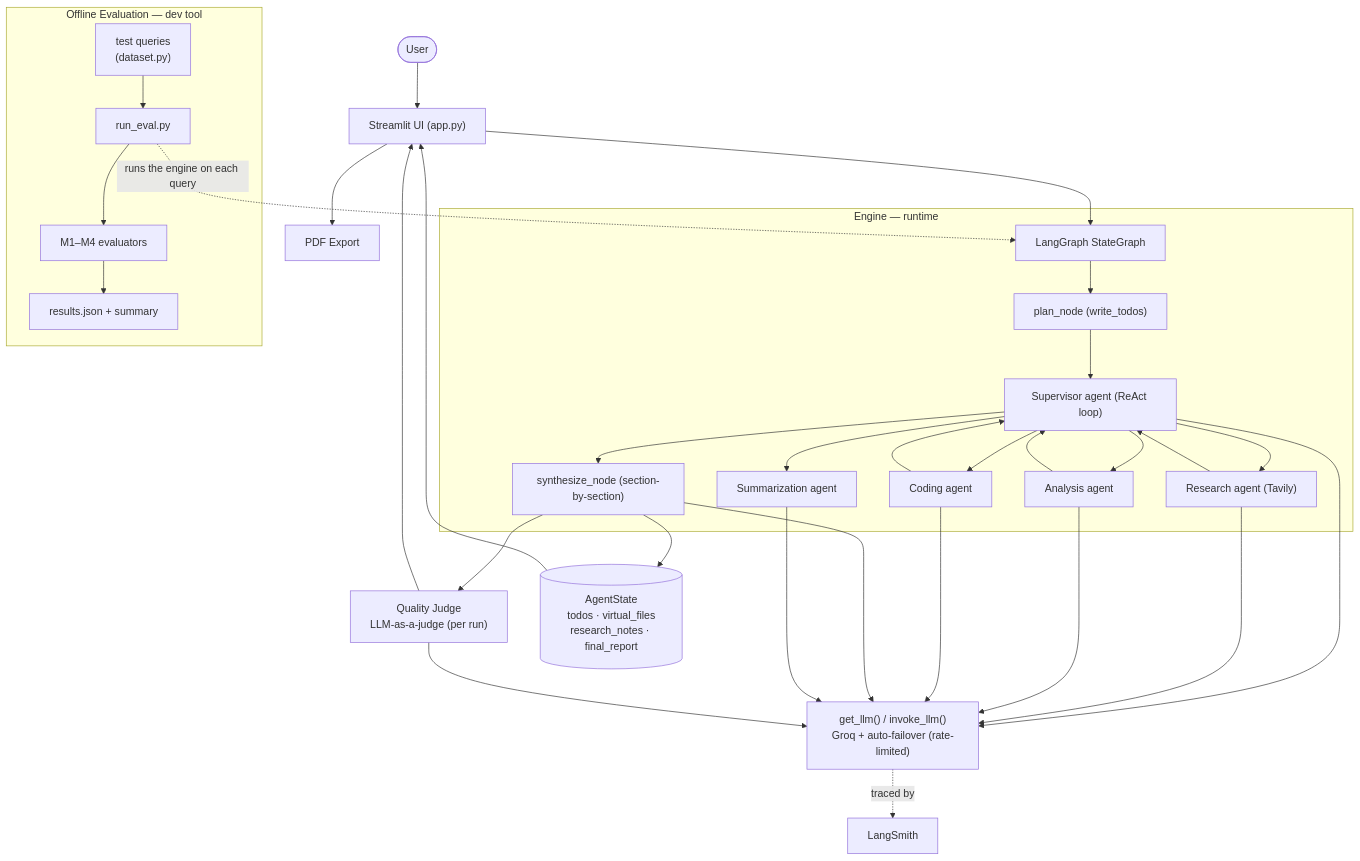
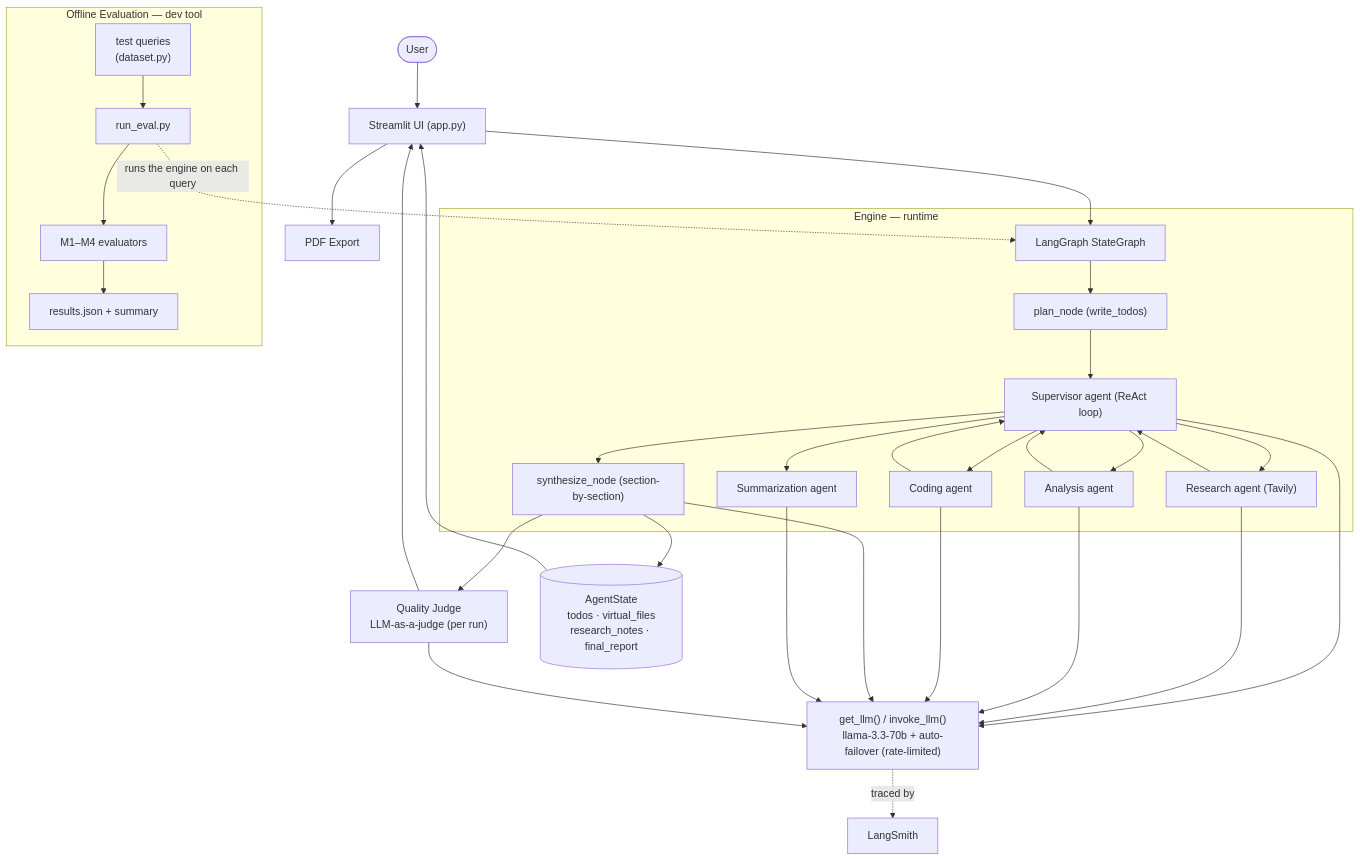
Before and after one commit to Subhashreepattnaik/Autonomous_Cognitive_Engine: the first of 3 diagrams in README.md, drawn with Mermaid. The commit also changed other lines of this file and 3 other files, not shown here.

````diff
--- a/README.md
+++ b/README.md
@@ -54,40 +54,40 @@
 ```mermaid
 graph TD
     User([User]) --> UI["Streamlit UI (app.py)"]
     UI --> Graph["LangGraph StateGraph"]
 
     subgraph engine["Engine — runtime"]
       Graph --> Plan["plan_node (write_todos)"]
       Plan --> Sup["Supervisor agent (ReAct loop)"]
       Sup --> Research["Research agent (Tavily)"]
       Sup --> Summ["Summarization agent"]
       Sup --> Analyze["Analysis agent"]
       Sup --> Code["Coding agent"]
       Research --> Sup
       Analyze --> Sup
       Code --> Sup
       Sup --> Synth["synthesize_node (section-by-section)"]
     end
 
     Synth --> Judge["Quality Judge<br/>LLM-as-a-judge (per run)"]
     Judge --> UI
     Synth --> State[("AgentState<br/>todos · virtual_files<br/>research_notes · final_report")]
     State --> UI
     UI --> PDF["PDF Export"]
 
-    Sup --> LLM["get_llm() / invoke_llm()<br/>Groq + auto-failover (rate-limited)"]
+    Sup --> LLM["get_llm() / invoke_llm()<br/>llama-3.3-70b + auto-failover (rate-limited)"]
     Research --> LLM
     Analyze --> LLM
     Code --> LLM
     Synth --> LLM
     Summ --> LLM
     Judge --> LLM
     LLM -. "traced by" .-> LS["LangSmith"]
 
     subgraph evalsuite["Offline Evaluation — dev tool"]
       Data["test queries<br/>(dataset.py)"] --> Runner["run_eval.py"]
       Runner --> Evs["M1–M4 evaluators"]
       Evs --> Results["results.json + summary"]
     end
     Runner -. "runs the engine on each query" .-> Graph
 ```
````
